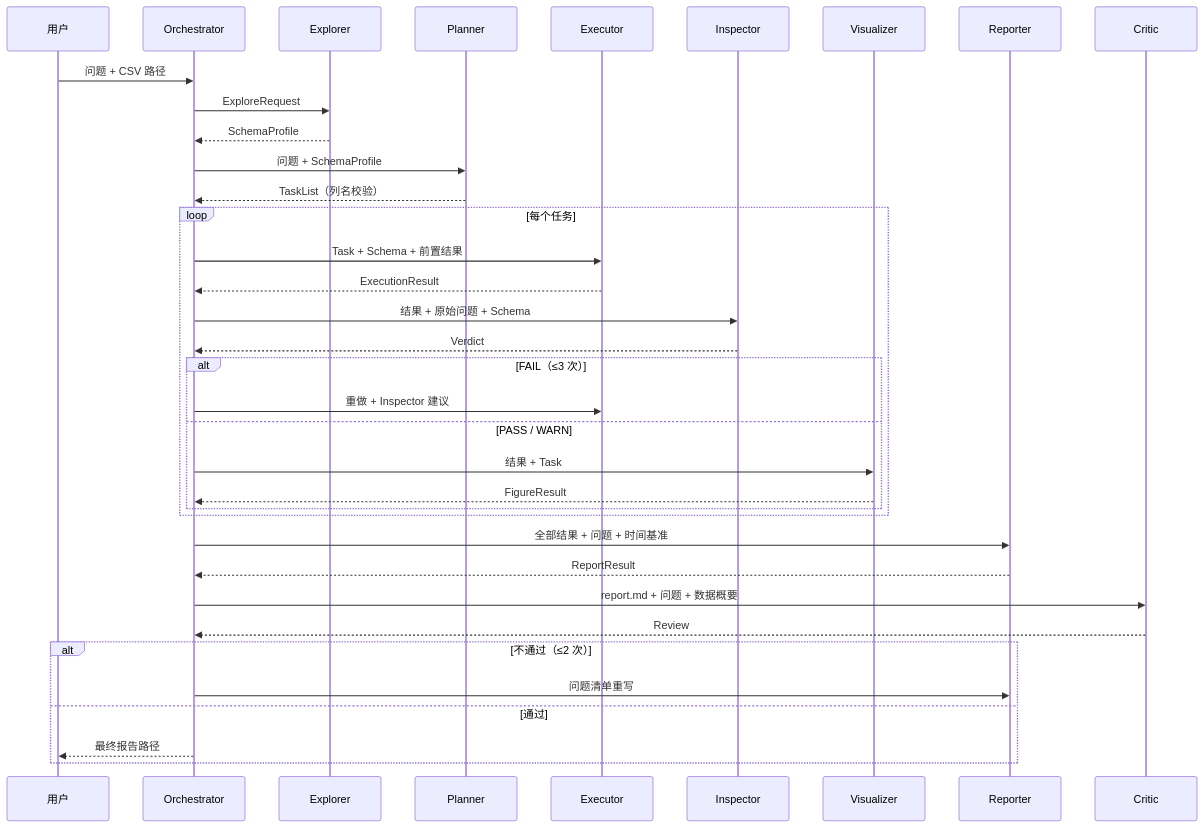
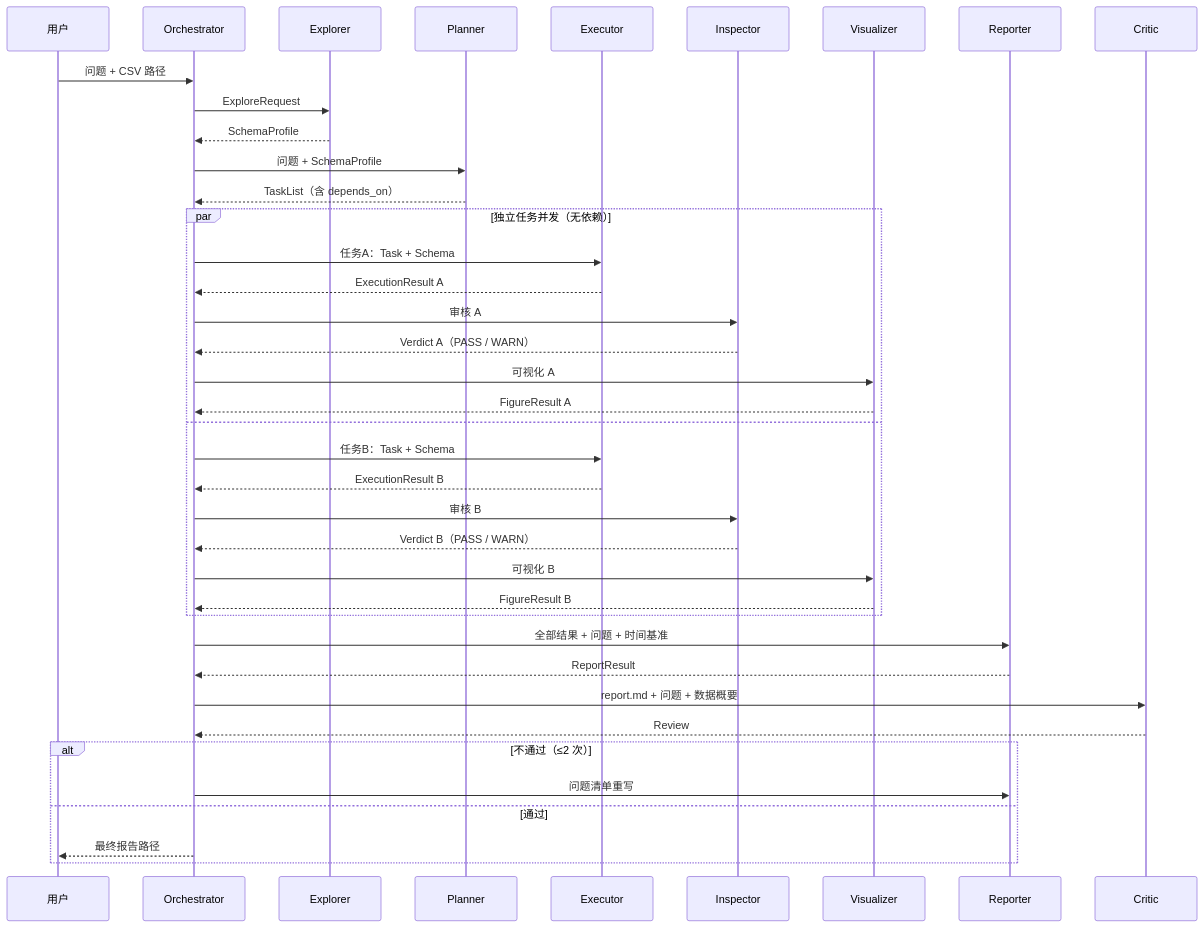
Before and after one commit to jiawenlai1109/agentflow-log-audit-engine: the diagram in 交互设计.md, drawn with Mermaid. The commit also changed other lines of this file and 4 other files, not shown here.

Commit message:
design: 任务级并行纳入 v1.1，TaskList 增加 depends_on，Orchestrator 改为 DAG 并行调度

````diff
--- a/交互设计.md
+++ b/交互设计.md
@@ -53,39 +54,42 @@
 ```mermaid
 sequenceDiagram
     participant U as 用户
     participant O as Orchestrator
     participant E as Explorer
     participant P as Planner
     participant X as Executor
     participant I as Inspector
     participant V as Visualizer
     participant R as Reporter
     participant C as Critic
 
     U->>O: 问题 + CSV 路径
     O->>E: ExploreRequest
     E-->>O: SchemaProfile
     O->>P: 问题 + SchemaProfile
-    P-->>O: TaskList（列名校验）
-    loop 每个任务
-        O->>X: Task + Schema + 前置结果
-        X-->>O: ExecutionResult
-        O->>I: 结果 + 原始问题 + Schema
-        I-->>O: Verdict
-        alt FAIL（≤3 次）
-            O->>X: 重做 + Inspector 建议
-        else PASS / WARN
-            O->>V: 结果 + Task
-            V-->>O: FigureResult
-        end
+    P-->>O: TaskList（含 depends_on）
+    par 独立任务并发（无依赖）
+        O->>X: 任务A：Task + Schema
+        X-->>O: ExecutionResult A
+        O->>I: 审核 A
+        I-->>O: Verdict A（PASS / WARN）
+        O->>V: 可视化 A
+        V-->>O: FigureResult A
+    and
+        O->>X: 任务B：Task + Schema
+        X-->>O: ExecutionResult B
+        O->>I: 审核 B
+        I-->>O: Verdict B（PASS / WARN）
+        O->>V: 可视化 B
+        V-->>O: FigureResult B
     end
     O->>R: 全部结果 + 问题 + 时间基准
     R-->>O: ReportResult
     O->>C: report.md + 问题 + 数据概要
     C-->>O: Review
     alt 不通过（≤2 次）
         O->>R: 问题清单重写
     else 通过
         O-->>U: 最终报告路径
     end
 ```
````
